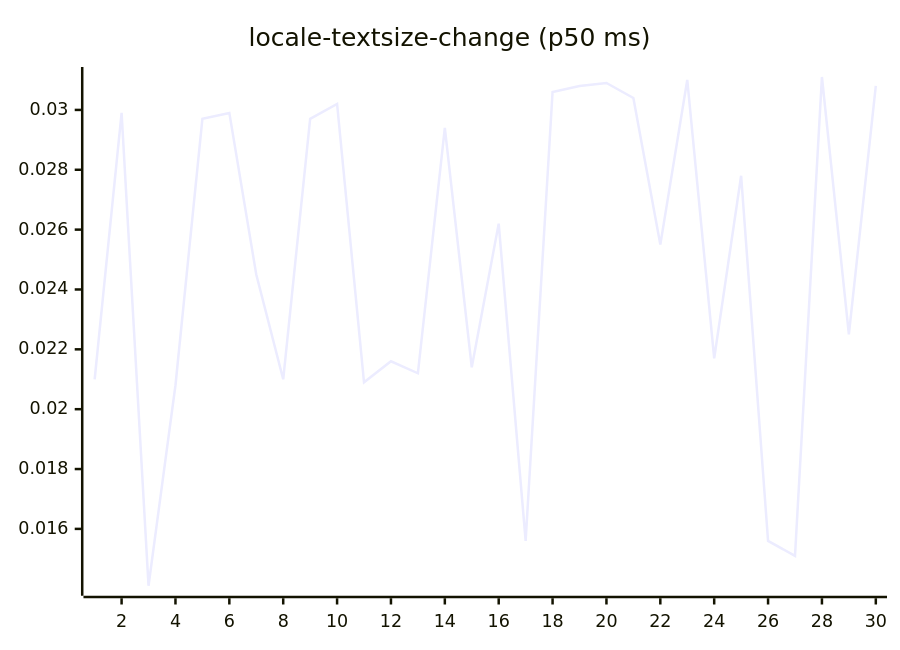
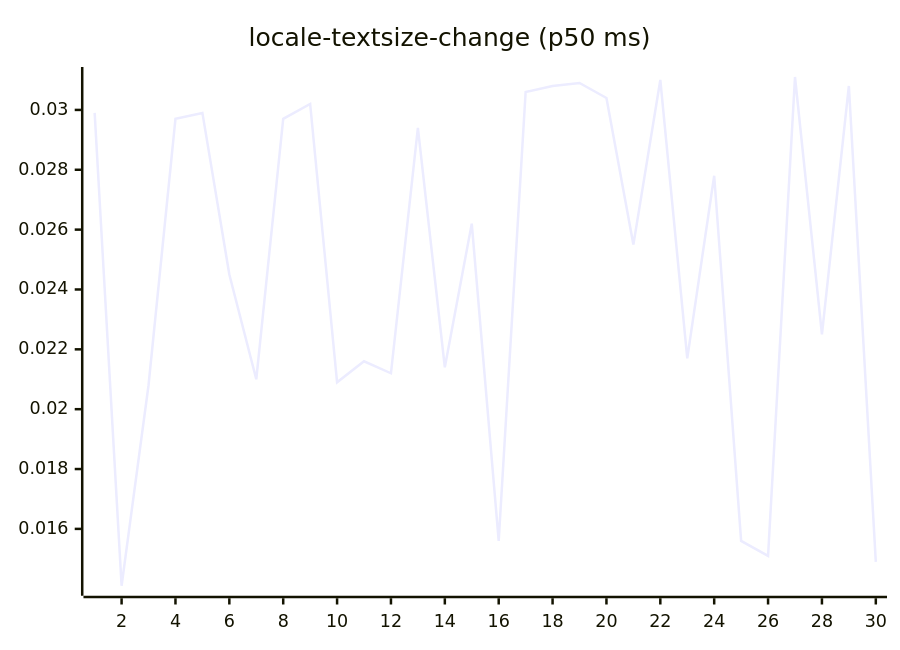
Before and after one commit to josha/Facet: diagram 13 of 27 in README.md, drawn with Mermaid. The commit also changed other lines of this file and 2 other files, not shown here.

````diff
--- a/README.md
+++ b/README.md
@@ -147,6 +147,6 @@
 ```mermaid
 xychart-beta
     title "locale-textsize-change (p50 ms)"
     x-axis 1 --> 30
-    line [0.0210, 0.0299, 0.0141, 0.0208, 0.0297, 0.0299, 0.0245, 0.0210, 0.0297, 0.0302, 0.0209, 0.0216, 0.0212, 0.0294, 0.0214, 0.0262, 0.0156, 0.0306, 0.0308, 0.0309, 0.0304, 0.0255, 0.0310, 0.0217, 0.0278, 0.0156, 0.0151, 0.0311, 0.0225, 0.0308]
+    line [0.0299, 0.0141, 0.0208, 0.0297, 0.0299, 0.0245, 0.0210, 0.0297, 0.0302, 0.0209, 0.0216, 0.0212, 0.0294, 0.0214, 0.0262, 0.0156, 0.0306, 0.0308, 0.0309, 0.0304, 0.0255, 0.0310, 0.0217, 0.0278, 0.0156, 0.0151, 0.0311, 0.0225, 0.0308, 0.0149]
 ```
````
